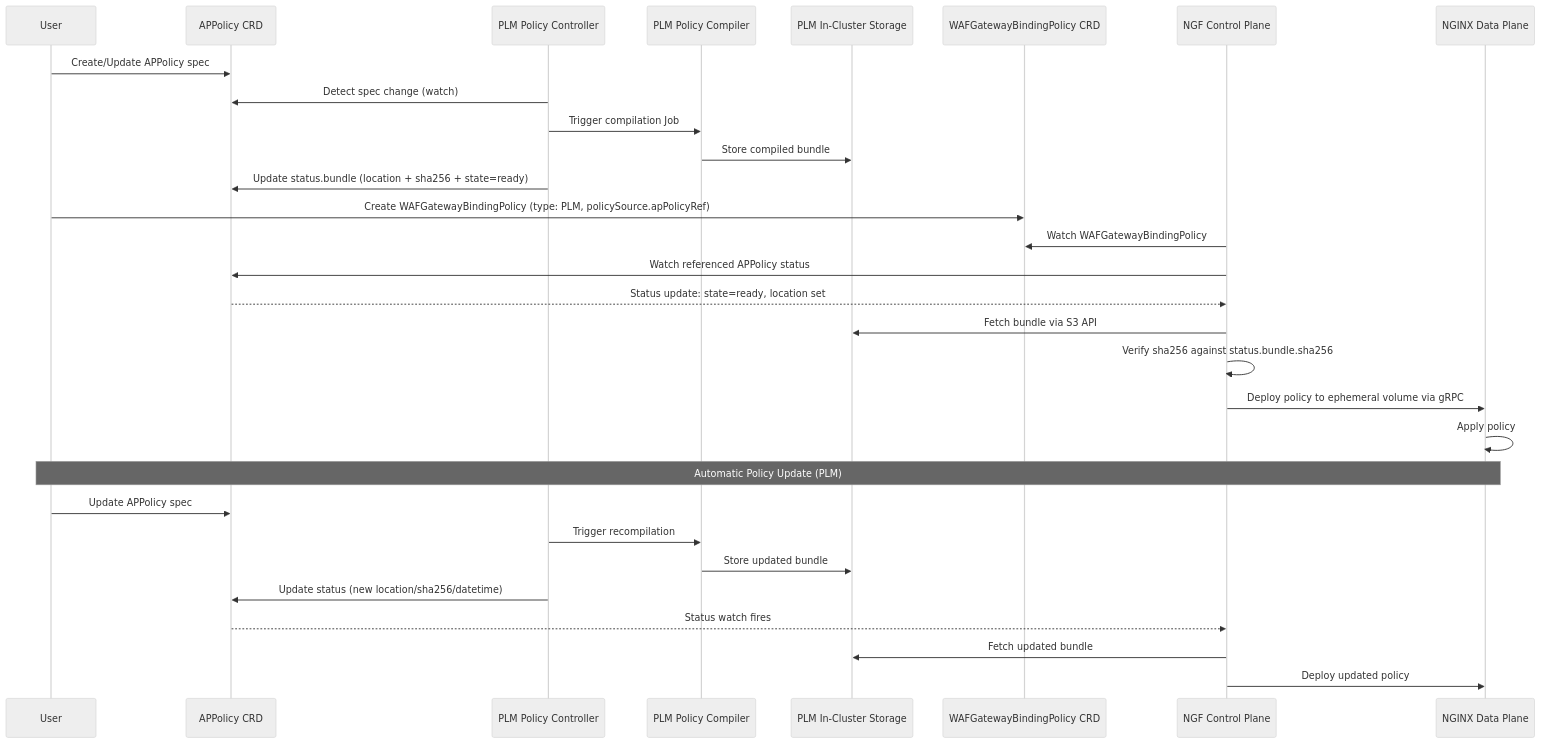
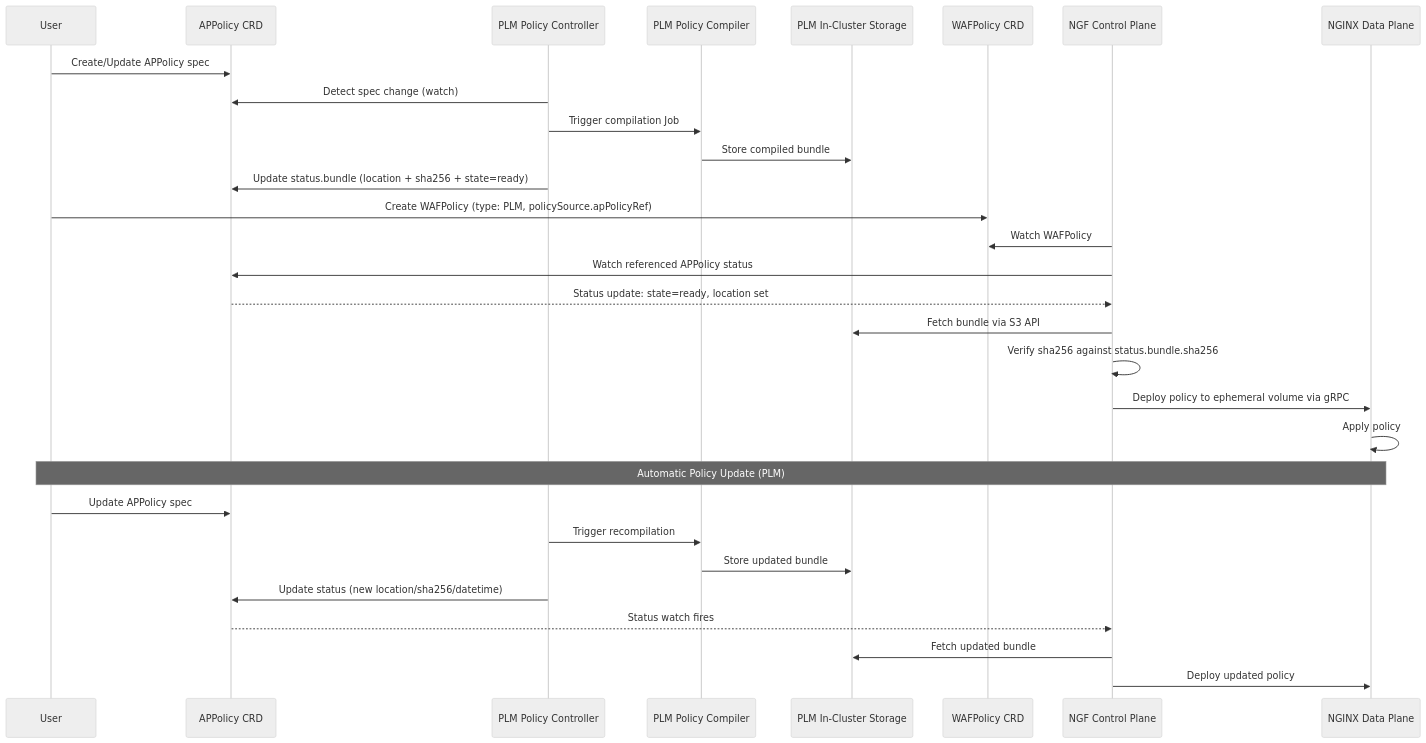
One commit to nginx/nginx-gateway-fabric changed the second of 2 diagrams in docs/proposals/nap-waf.md. Above: the diagram before and after it, drawn with Mermaid (neutral theme). The commit also changed other lines of this file, not shown here.

````diff
--- a/docs/proposals/nap-waf.md
+++ b/docs/proposals/nap-waf.md
@@ -328,35 +336,35 @@
 ```mermaid
 sequenceDiagram
     participant User
     participant APPolicy as APPolicy CRD
     participant PLMController as PLM Policy Controller
     participant PLMCompiler as PLM Policy Compiler
     participant PLMStorage as PLM In-Cluster Storage
-    participant WAFGatewayBindingPolicy as WAFGatewayBindingPolicy CRD
+    participant WAFPolicy as WAFPolicy CRD
     participant NGF as NGF Control Plane
     participant DataPlane as NGINX Data Plane
 
     User->>APPolicy: Create/Update APPolicy spec
     PLMController->>APPolicy: Detect spec change (watch)
     PLMController->>PLMCompiler: Trigger compilation Job
     PLMCompiler->>PLMStorage: Store compiled bundle
     PLMController->>APPolicy: Update status.bundle (location + sha256 + state=ready)
 
-    User->>WAFGatewayBindingPolicy: Create WAFGatewayBindingPolicy (type: PLM, policySource.apPolicyRef)
-    NGF->>WAFGatewayBindingPolicy: Watch WAFGatewayBindingPolicy
+    User->>WAFPolicy: Create WAFPolicy (type: PLM, policySource.apPolicyRef)
+    NGF->>WAFPolicy: Watch WAFPolicy
     NGF->>APPolicy: Watch referenced APPolicy status
     APPolicy-->>NGF: Status update: state=ready, location set
     NGF->>PLMStorage: Fetch bundle via S3 API
     NGF->>NGF: Verify sha256 against status.bundle.sha256
     NGF->>DataPlane: Deploy policy to ephemeral volume via gRPC
     DataPlane->>DataPlane: Apply policy
 
     Note over User,DataPlane: Automatic Policy Update (PLM)
     User->>APPolicy: Update APPolicy spec
     PLMController->>PLMCompiler: Trigger recompilation
     PLMCompiler->>PLMStorage: Store updated bundle
     PLMController->>APPolicy: Update status (new location/sha256/datetime)
     APPolicy-->>NGF: Status watch fires
     NGF->>PLMStorage: Fetch updated bundle
     NGF->>DataPlane: Deploy updated policy
 ```
````
